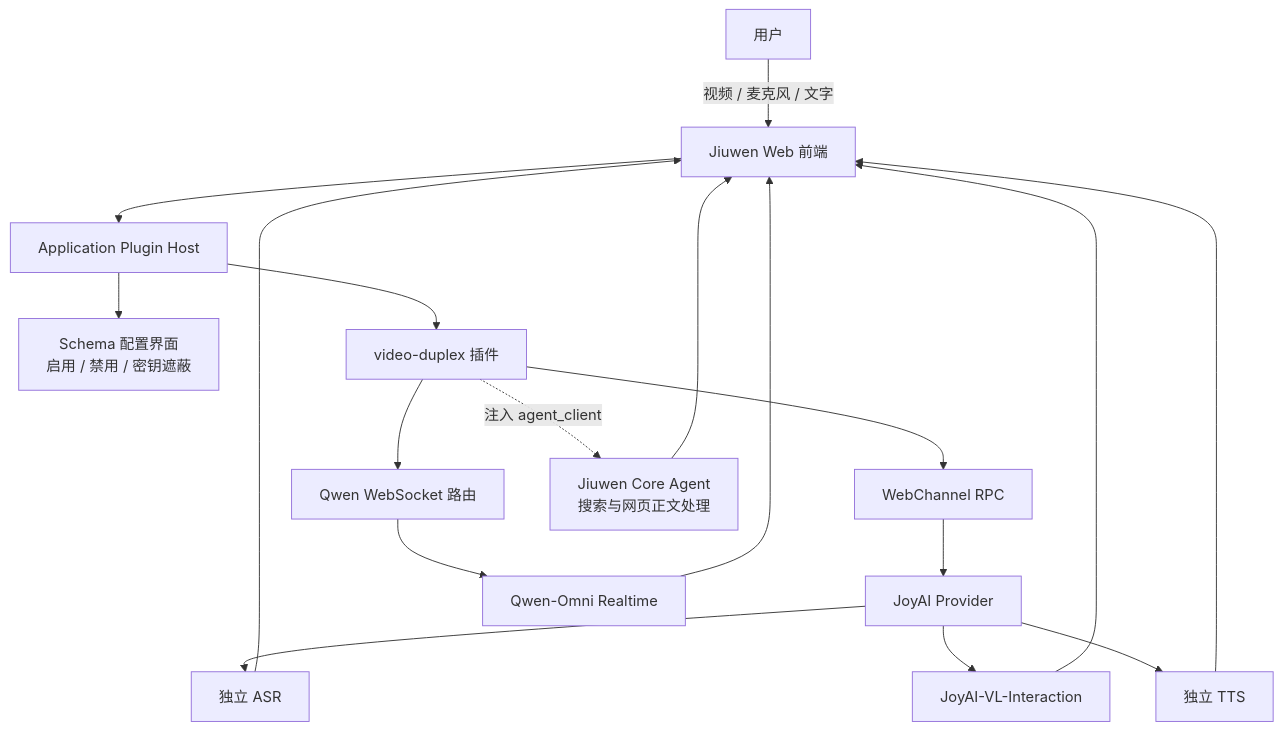
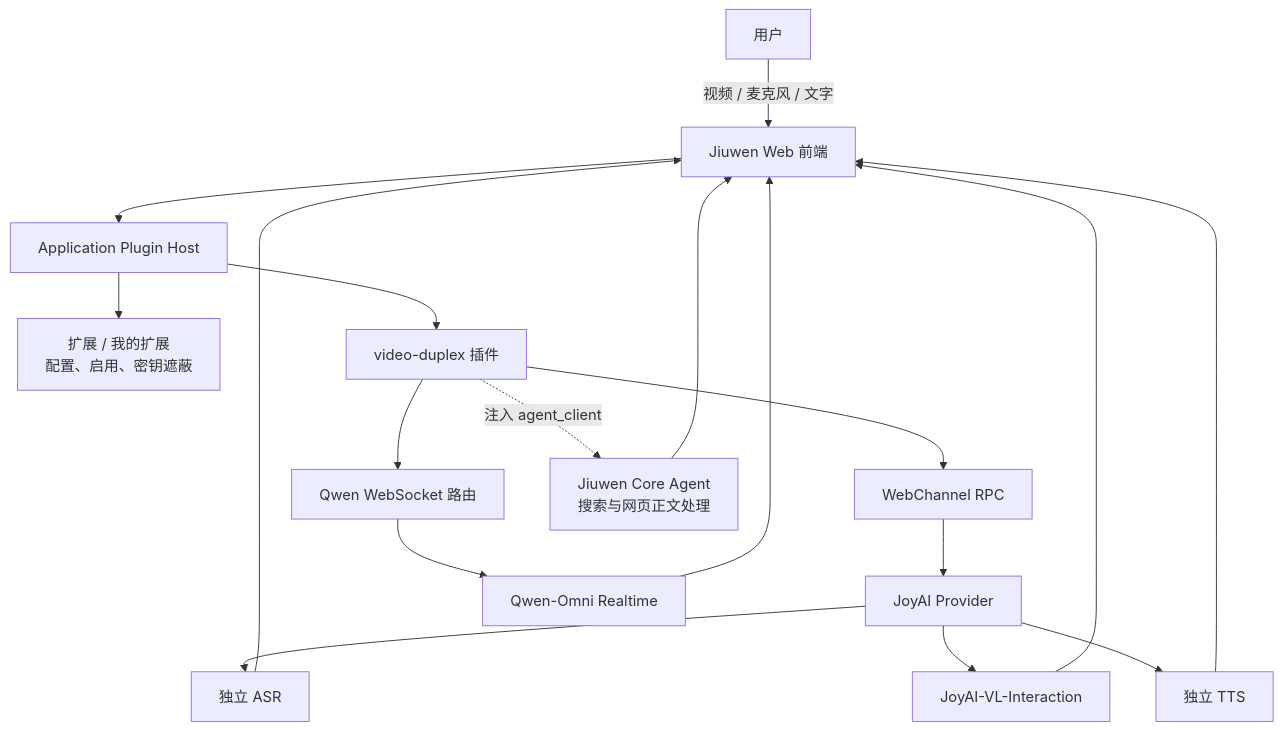
The first of 4 diagrams in docs/zh/全双工.md (openJiuwen-ai/jiuwenclaw), drawn with Mermaid before and after one commit. The commit also changed other lines of this file and 1 other file, not shown here.

````diff
--- a/docs/zh/全双工.md
+++ b/docs/zh/全双工.md
@@ -11,24 +11,24 @@
 ```mermaid
 flowchart TB
     User["用户"] -->|"视频 / 麦克风 / 文字"| UI["Jiuwen Web 前端"]
     UI --> Host["Application Plugin Host"]
 
-    Host --> Settings["Schema 配置界面<br/>启用 / 禁用 / 密钥遮蔽"]
+    Host --> Settings["扩展 / 我的扩展<br/>配置、启用、密钥遮蔽"]
     Host --> Plugin["video-duplex 插件"]
     Plugin --> RPC["WebChannel RPC"]
     Plugin --> WS["Qwen WebSocket 路由"]
 
     RPC --> Joy["JoyAI Provider"]
     Joy --> ASR["独立 ASR"]
     Joy --> Vision["JoyAI-VL-Interaction"]
     Joy --> TTS["独立 TTS"]
 
     WS --> Qwen["Qwen-Omni Realtime"]
     Plugin -. "注入 agent_client" .-> Core["Jiuwen Core Agent<br/>搜索与网页正文处理"]
 
     ASR --> UI
     Vision --> UI
     TTS --> UI
     Qwen --> UI
     Core --> UI
 ```
````
